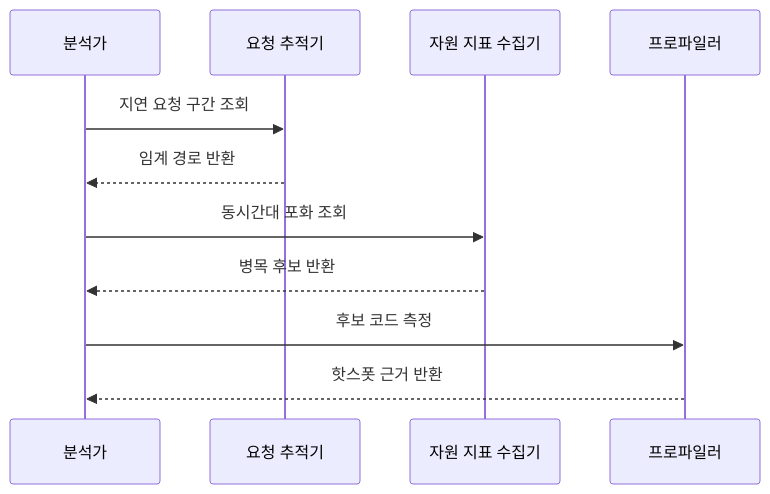
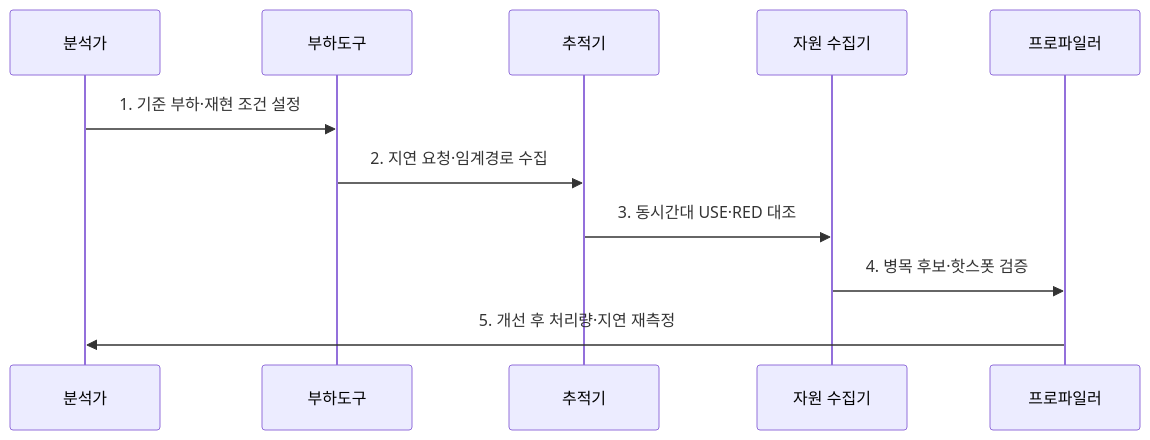
The second of 2 diagrams in src/content/docs/notes/06-evaluation/002_bottleneck_analysis.md (agnusdei1207/knowledge-base), drawn with Mermaid before and after one commit. The commit also changed other lines of this file and 6 other files, not shown here.

````diff
--- a/src/content/docs/notes/06-evaluation/002_bottleneck_analysis.md
+++ b/src/content/docs/notes/06-evaluation/002_bottleneck_analysis.md
@@ -79,13 +76,13 @@
 ```mermaid
 sequenceDiagram
-    participant A as 분석가
-    participant T as 요청 추적기
-    participant M as 자원 지표 수집기
-    participant P as 프로파일러
-    A->>T: 지연 요청 구간 조회
-    T-->>A: 임계 경로 반환
-    A->>M: 동시간대 포화 조회
-    M-->>A: 병목 후보 반환
-    A->>P: 후보 코드 측정
-    P-->>A: 핫스폿 근거 반환
+  participant A as 분석가
+  participant L as 부하도구
+  participant T as 추적기
+  participant M as 자원 수집기
+  participant P as 프로파일러
+  A->>L: 1. 기준 부하·재현 조건 설정
+  L->>T: 2. 지연 요청·임계경로 수집
+  T->>M: 3. 동시간대 USE·RED 대조
+  M->>P: 4. 병목 후보·핫스폿 검증
+  P->>A: 5. 개선 후 처리량·지연 재측정
 ```
````
